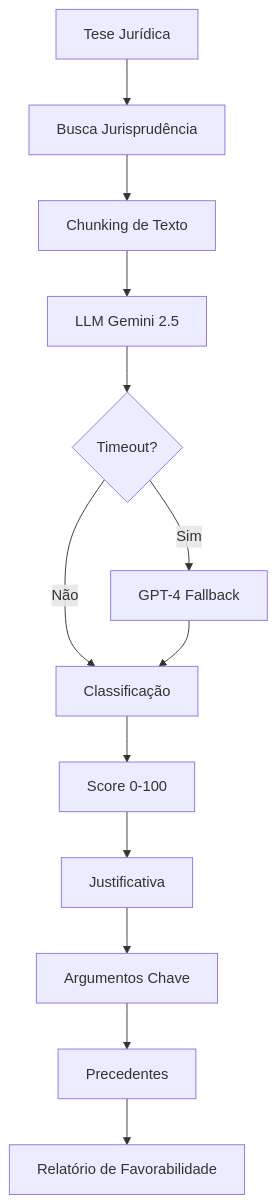
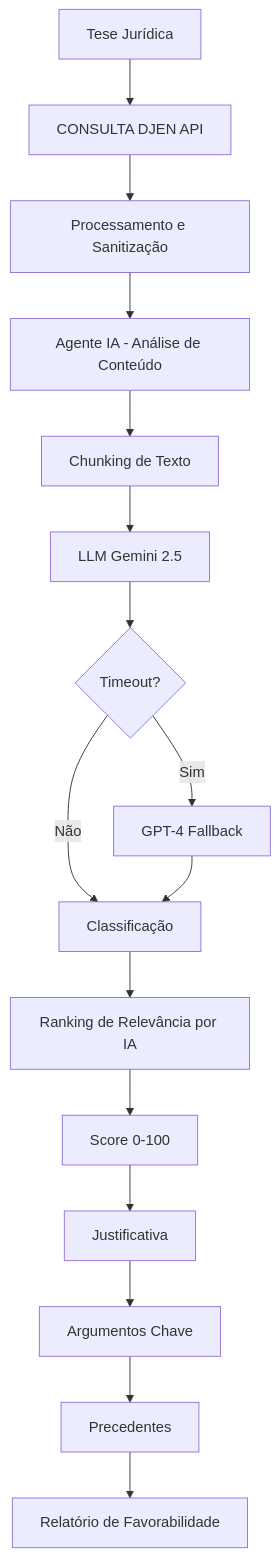
The fourth of 9 diagrams in documentacao/architecture/apresentacao_sistema_visual.md (ftorres92/juris-dev-agil), drawn with Mermaid before and after one commit. The commit also changed other lines of this file, not shown here.

````diff
--- a/documentacao/architecture/apresentacao_sistema_visual.md
+++ b/documentacao/architecture/apresentacao_sistema_visual.md
@@ -317,17 +192,20 @@
 ```mermaid
 graph TD
-    A[Tese Jurídica] --> B[Busca Jurisprudência]
-    B --> C[Chunking de Texto]
-    C --> D[LLM Gemini 2.5]
-    D --> E{Timeout?}
-    E -->|Sim| F[GPT-4 Fallback]
-    E -->|Não| G[Classificação]
-    F --> G
+    A[Tese Jurídica] --> B[CONSULTA DJEN API]
+    B --> C[Processamento e Sanitização]
+    C --> D[Agente IA - Análise de Conteúdo]
+    D --> E[Chunking de Texto]
+    E --> F[LLM Gemini 2.5]
+    F --> G{Timeout?}
+    G -->|Sim| H[GPT-4 Fallback]
+    G -->|Não| I[Classificação]
+    H --> I
     
-    G --> H[Score 0-100]
-    H --> I[Justificativa]
-    I --> J[Argumentos Chave]
-    J --> K[Precedentes]
+    I --> J[Ranking de Relevância por IA]
+    J --> K[Score 0-100]
+    K --> L[Justificativa]
+    L --> M[Argumentos Chave]
+    M --> N[Precedentes]
     
-    K --> L[Relatório de Favorabilidade]
+    N --> O[Relatório de Favorabilidade]
 ```
````
